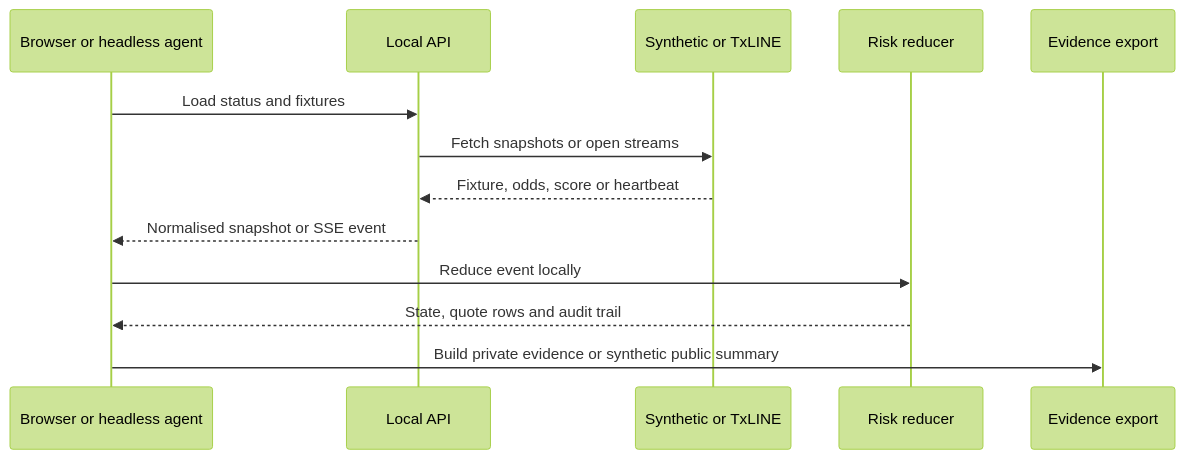
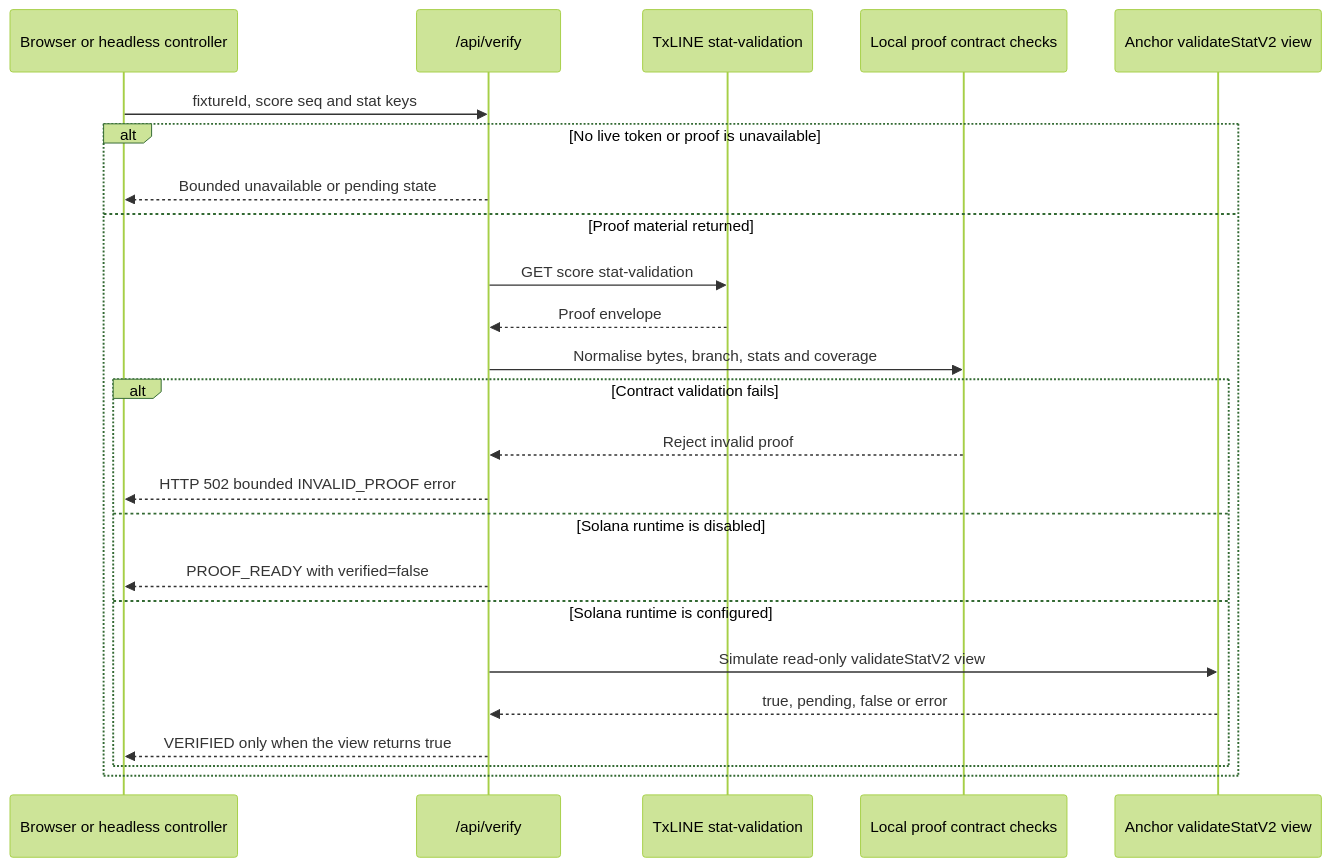
One commit to MasteraSnackin/proofswitch changed the seventh of 10 diagrams in ARCHITECTURE.md. Above: the diagram before and after it, drawn with Mermaid (forest theme). The commit also changed other lines of this file and 1 other file, not shown here.

Commit message:
Document full ProofSwitch architecture

````diff
--- a/ARCHITECTURE.md
+++ b/ARCHITECTURE.md
@@ -108,15 +339,27 @@
 ```mermaid
 sequenceDiagram
-  participant UI as Browser or headless agent
-  participant API as Local API
-  participant Feed as Synthetic or TxLINE
-  participant Engine as Risk reducer
-  participant Export as Evidence export
-  UI->>API: Load status and fixtures
-  API->>Feed: Fetch snapshots or open streams
-  Feed-->>API: Fixture, odds, score or heartbeat
-  API-->>UI: Normalised snapshot or SSE event
-  UI->>Engine: Reduce event locally
-  Engine-->>UI: State, quote rows and audit trail
-  UI->>Export: Build private evidence or synthetic public summary
+  participant UI as Browser or headless controller
+  participant Verify as /api/verify
+  participant TxLINE as TxLINE stat-validation
+  participant Contract as Local proof contract checks
+  participant Solana as Anchor validateStatV2 view
+
+  UI->>Verify: fixtureId, score seq and stat keys
+  alt No live token or proof is unavailable
+    Verify-->>UI: Bounded unavailable or pending state
+  else Proof material returned
+    Verify->>TxLINE: GET score stat-validation
+    TxLINE-->>Verify: Proof envelope
+    Verify->>Contract: Normalise bytes, branch, stats and coverage
+    alt Contract validation fails
+      Contract-->>Verify: Reject invalid proof
+      Verify-->>UI: HTTP 502 bounded INVALID_PROOF error
+    else Solana runtime is disabled
+      Verify-->>UI: PROOF_READY with verified=false
+    else Solana runtime is configured
+      Verify->>Solana: Simulate read-only validateStatV2 view
+      Solana-->>Verify: true, pending, false or error
+      Verify-->>UI: VERIFIED only when the view returns true
+    end
+  end
 ```
````
